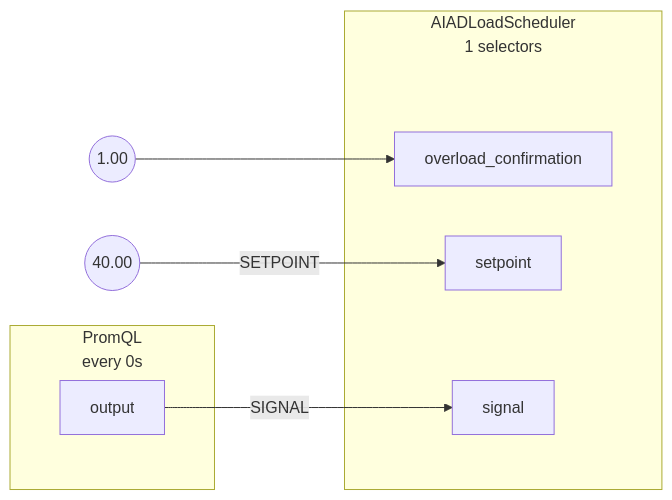
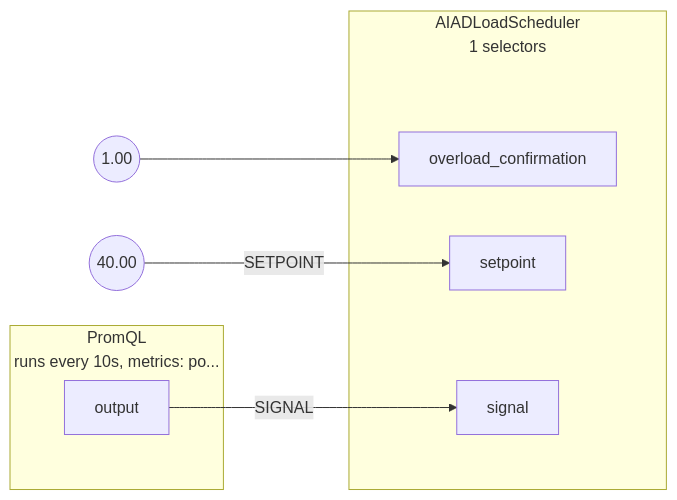
Before and after one commit to dataongunlaws/aperture: the diagram in docs/content/guides/database-load-management/assets/postgresql/graph.mmd, drawn with Mermaid. The commit also changed 138 other files, not shown here.

```diff
--- a/docs/content/guides/database-load-management/assets/postgresql/graph.mmd
+++ b/docs/content/guides/database-load-management/assets/postgresql/graph.mmd
@@ -1,23 +1,23 @@
 flowchart LR
 subgraph root.0[<center>AIADLoadScheduler<br/>1 selectors</center>]
 subgraph root.0_inports[ ]
 style root.0_inports fill:none,stroke:none
 root.0overload_confirmation[overload_confirmation]
 root.0setpoint[setpoint]
 root.0signal[signal]
 end
 subgraph root.0_outports[ ]
 style root.0_outports fill:none,stroke:none
 end
 end
 root.0_overload_confirmation_FakeConstantout((1.00))
-subgraph root.1[<center>PromQL<br/>every 0s</center>]
+subgraph root.1[<center>PromQL<br/>runs every 10s, metrics: po...</center>]
 subgraph root.1_outports[ ]
 style root.1_outports fill:none,stroke:none
 root.1output[output]
 end
 end
 root.2output((40.00))
 root.0_overload_confirmation_FakeConstantout --> root.0overload_confirmation
 root.1output --> |SIGNAL| root.0signal
 root.2output --> |SETPOINT| root.0setpoint
```
